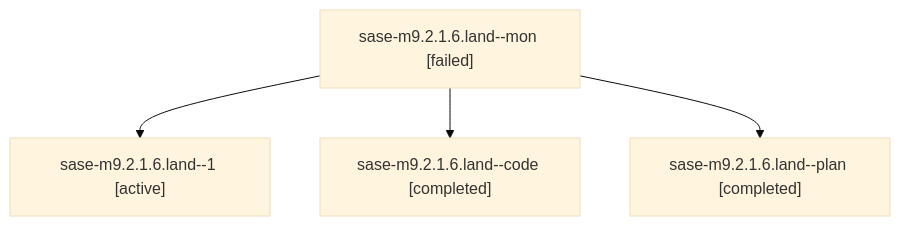
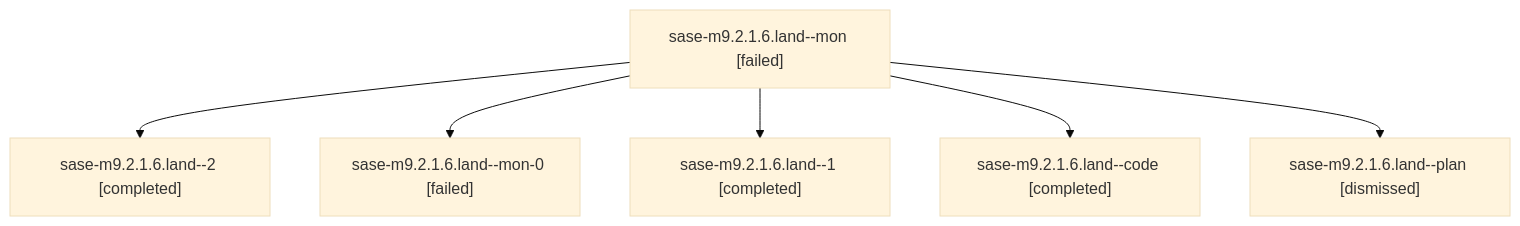
The diagram in families/bbugyi200.athena.sase-m9.2.1.6.land.md (sase-org/sase--agents), drawn with Mermaid (base theme) before and after one commit. The commit also changed other lines of this file and 216 other files, not shown here.

````diff
--- a/families/bbugyi200.athena.sase-m9.2.1.6.land.md
+++ b/families/bbugyi200.athena.sase-m9.2.1.6.land.md
@@ -9,10 +9,14 @@
 ```mermaid
 flowchart TD
   n0["sase-m9.2.1.6.land--mon [failed]"]
-  n1["sase-m9.2.1.6.land--1 [active]"]
+  n1["sase-m9.2.1.6.land--2 [completed]"]
   n0 --> n1
-  n2["sase-m9.2.1.6.land--code [completed]"]
+  n2["sase-m9.2.1.6.land--mon-0 [failed]"]
   n0 --> n2
-  n3["sase-m9.2.1.6.land--plan [completed]"]
+  n3["sase-m9.2.1.6.land--1 [completed]"]
   n0 --> n3
+  n4["sase-m9.2.1.6.land--code [completed]"]
+  n0 --> n4
+  n5["sase-m9.2.1.6.land--plan [dismissed]"]
+  n0 --> n5
 ```
````
